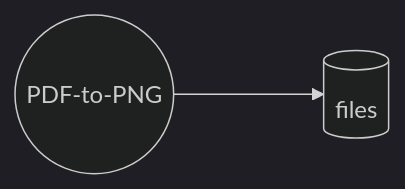
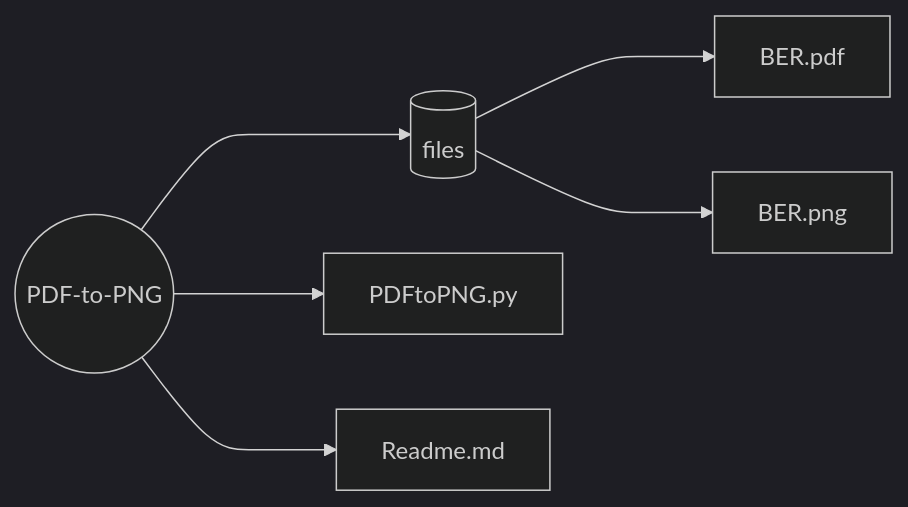
Before and after one commit to Wilhelmine21/Wilhelmine21: the fifth of 10 diagrams in README.md, drawn with Mermaid (dark theme). The commit also changed other lines of this file, not shown here.

````diff
--- a/README.md
+++ b/README.md
@@ -58,4 +65,9 @@
 ```mermaid
 graph LR;
 PDF-to-PNG((PDF-to-PNG)) ---> files[(files)]
+PDF-to-PNG ---> PDFtoPNG.py
+PDF-to-PNG ---> Readme.md
+
+files ---> BER.pdf
+files ---> BER.png
 ```
````
